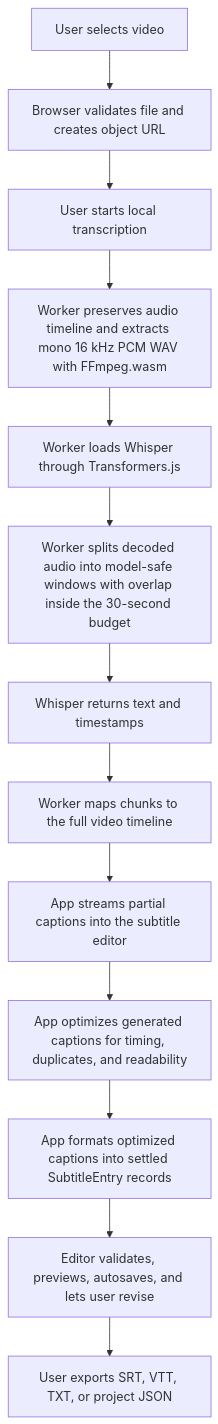
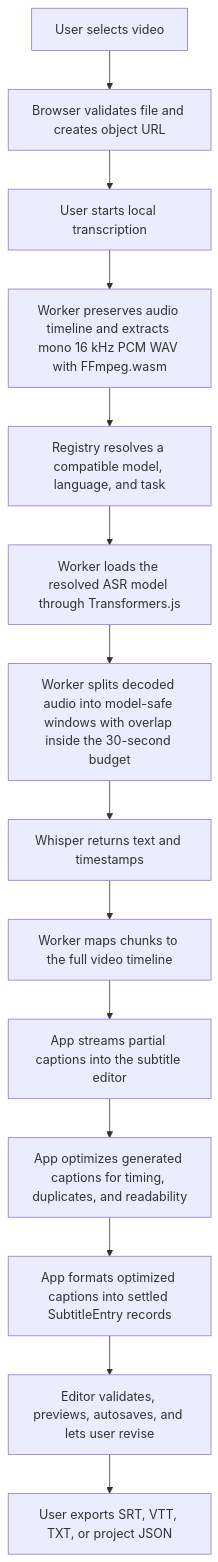
Before and after one commit to zxyandreay/auto-subtitle: diagram 18 of 18 in docs/project-state.md, drawn with Mermaid. The commit also changed other lines of this file and 1 other file, not shown here.

Commit message:
docs: document local ASR model compatibility

````diff
--- a/docs/project-state.md
+++ b/docs/project-state.md
@@ -1363,15 +1385,16 @@
 ```mermaid
 flowchart TD
     A["User selects video"] --> B["Browser validates file and creates object URL"]
     B --> C["User starts local transcription"]
     C --> D["Worker preserves audio timeline and extracts mono 16 kHz PCM WAV with FFmpeg.wasm"]
-    D --> E["Worker loads Whisper through Transformers.js"]
+    D --> R["Registry resolves a compatible model, language, and task"]
+    R --> E["Worker loads the resolved ASR model through Transformers.js"]
     E --> F["Worker splits decoded audio into model-safe windows with overlap inside the 30-second budget"]
     F --> G["Whisper returns text and timestamps"]
     G --> H["Worker maps chunks to the full video timeline"]
     H --> P["App streams partial captions into the subtitle editor"]
     P --> I["App optimizes generated captions for timing, duplicates, and readability"]
     I --> L["App formats optimized captions into settled SubtitleEntry records"]
     L --> J["Editor validates, previews, autosaves, and lets user revise"]
     J --> K["User exports SRT, VTT, TXT, or project JSON"]
 ```
````
